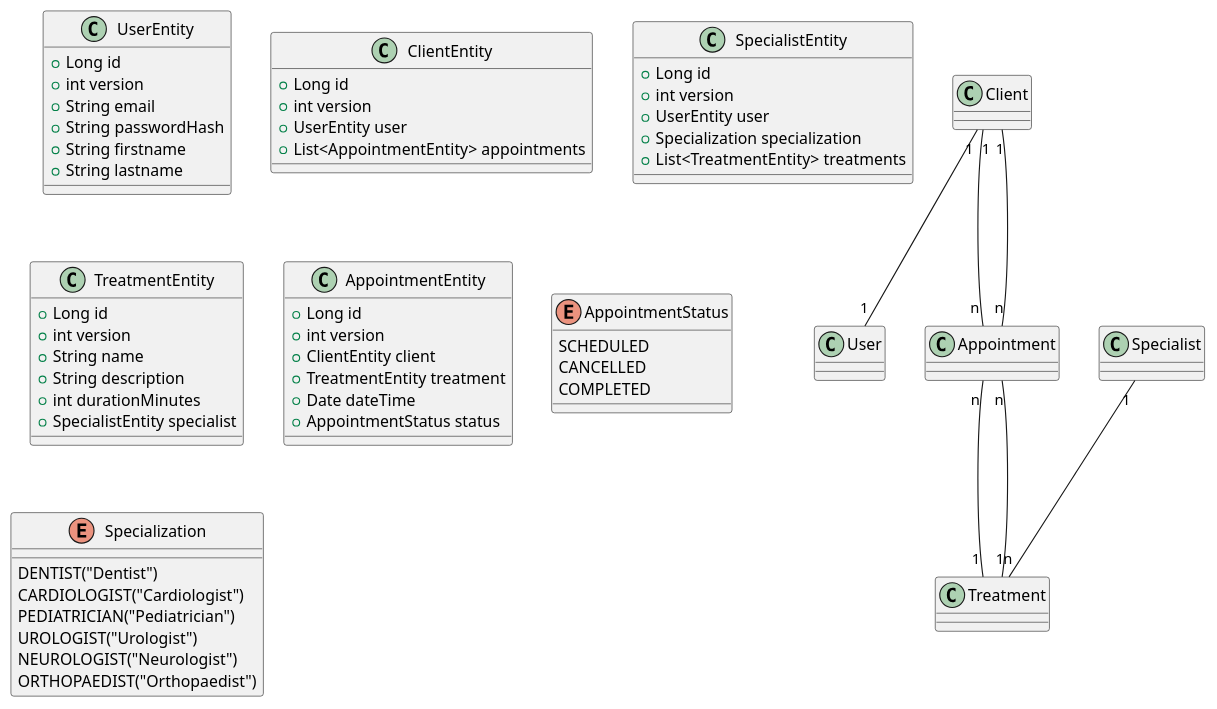
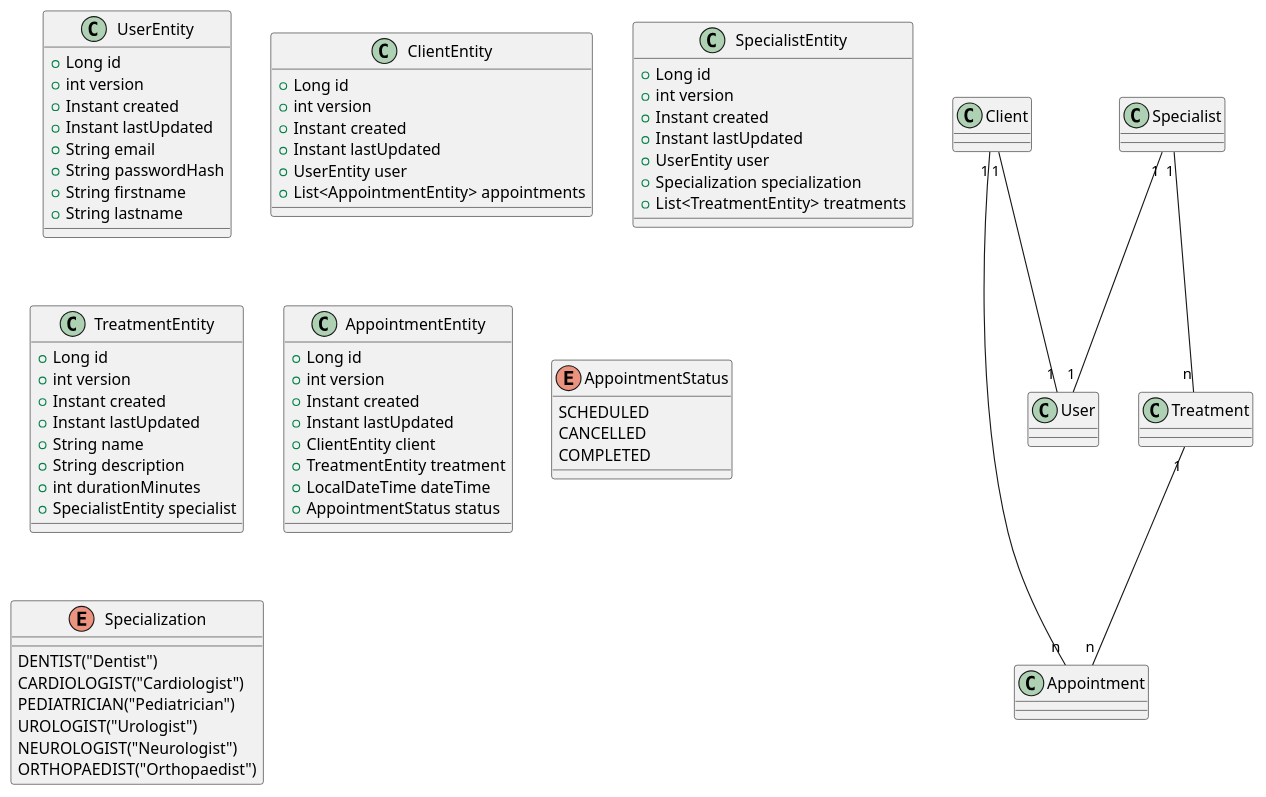
One commit to java-backend-foundations/java-backend-developer-exercises changed the diagram in images/puml/trainig.puml. Above: the diagram before and after it, drawn with PlantUML. The commit also changed 3 other files, not shown here.

Commit message:
puml and schemas corrected

```diff
--- a/images/puml/trainig.puml
+++ b/images/puml/trainig.puml
@@ -1,67 +1,76 @@
 @startuml
 
 class UserEntity {
     +Long id
     +int version
+    +Instant created
+    +Instant lastUpdated
     +String email
     +String passwordHash
     +String firstname
     +String lastname
 }
 
 class ClientEntity {
     +Long id
     +int version
+    +Instant created
+    +Instant lastUpdated
     +UserEntity user
     +List<AppointmentEntity> appointments
 }
 
 class SpecialistEntity {
     +Long id
     +int version
+    +Instant created
+    +Instant lastUpdated
     +UserEntity user
     +Specialization specialization
     +List<TreatmentEntity> treatments
 }
 
 class TreatmentEntity {
     +Long id
     +int version
+    +Instant created
+    +Instant lastUpdated
     +String name
     +String description
     +int durationMinutes
     +SpecialistEntity specialist
 }
 
 class AppointmentEntity {
     +Long id
     +int version
+    +Instant created
+    +Instant lastUpdated
     +ClientEntity client
     +TreatmentEntity treatment
-    +Date dateTime
+    +LocalDateTime dateTime
     +AppointmentStatus status
 }
 
 enum AppointmentStatus {
     SCHEDULED
     CANCELLED
     COMPLETED
 }
 
 enum Specialization {
     DENTIST("Dentist") 
 	CARDIOLOGIST("Cardiologist") 
 	PEDIATRICIAN("Pediatrician") 
 	UROLOGIST("Urologist")
 	NEUROLOGIST("Neurologist") 
 	ORTHOPAEDIST("Orthopaedist")
 }
 
 Client "1" -- "1" User 
 Client "1" -- "n" Appointment 
+Specialist "1" -- "1" User
 Specialist "1" -- "n" Treatment 
 Treatment "1" -- "n" Appointment 
-Appointment "n" -- "1" Client
-Appointment "n" -- "1" Treatment
 
 @enduml
```
